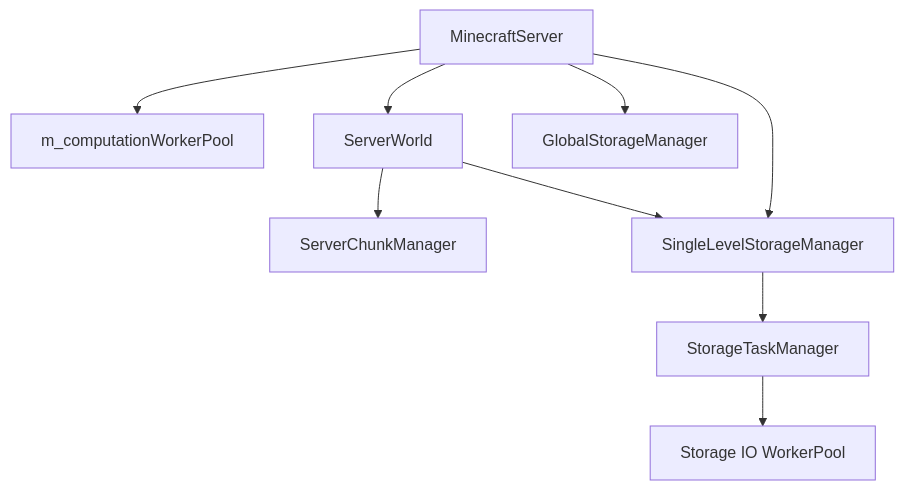
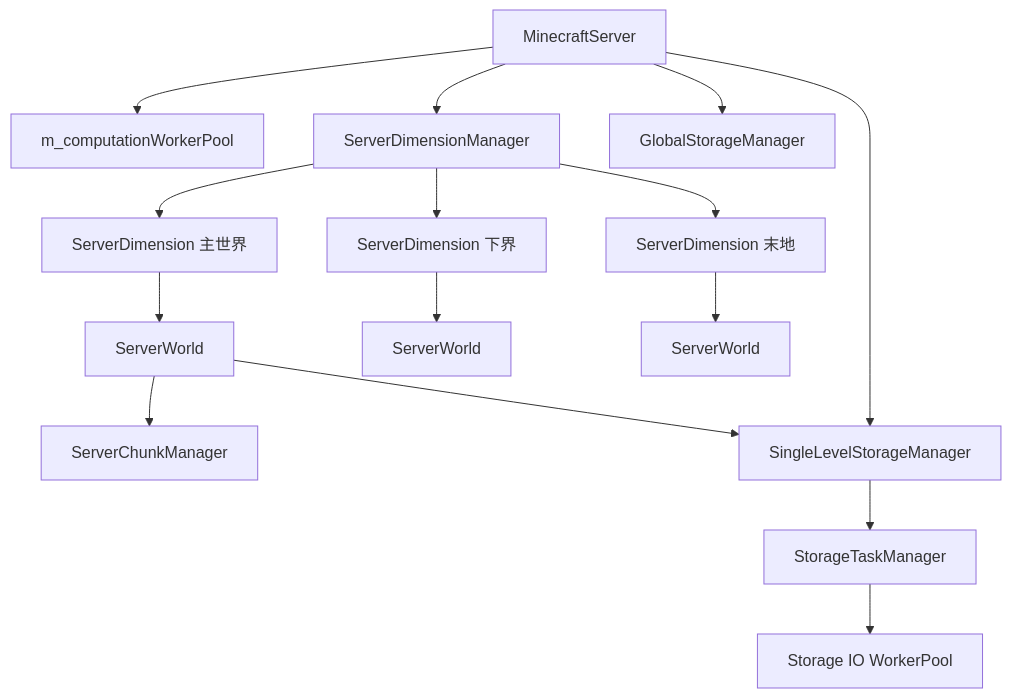
Before and after one commit to g122622/Cubium: the first of 2 diagrams in src/server/application/README.md, drawn with Mermaid. The commit also changed other lines of this file and 39 other files, not shown here.

First line of the commit message:
refactor: 移除 MinecraftServer::m_world，实现维度感知架构

````diff
--- a/src/server/application/README.md
+++ b/src/server/application/README.md
@@ -295,11 +300,17 @@
 ```mermaid
 flowchart TD
     A[MinecraftServer] --> B[m_computationWorkerPool]
-    A --> C[ServerWorld]
+    A --> DM[ServerDimensionManager]
+    DM --> OW[ServerDimension 主世界]
+    DM --> NT[ServerDimension 下界]
+    DM --> ED[ServerDimension 末地]
+    OW --> C[ServerWorld]
+    NT --> C2[ServerWorld]
+    ED --> C3[ServerWorld]
     C --> D[ServerChunkManager]
     A --> E[GlobalStorageManager]
     A --> H[SingleLevelStorageManager]
     C --> H
     H --> F[StorageTaskManager]
     F --> G[Storage IO WorkerPool]
 ```
````
